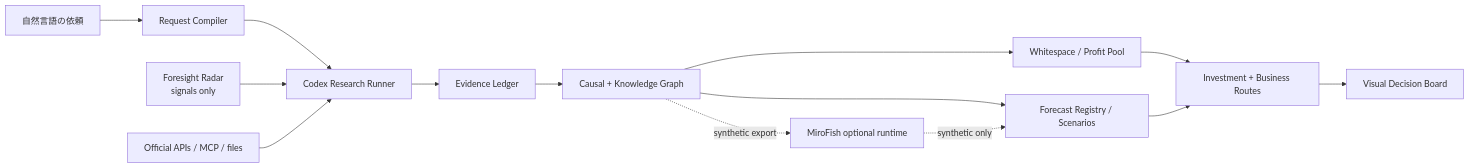
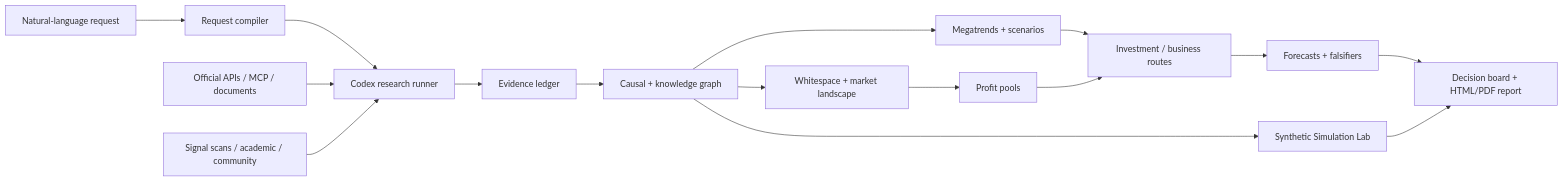
One commit to 0xpandadev/Opportunity-Intelligence changed the diagram in README.md. Above: the diagram before and after it, drawn with Mermaid. The commit also changed other lines of this file and 36 other files, not shown here.

````diff
--- a/README.md
+++ b/README.md
@@ -36,16 +261,18 @@
 ```mermaid
 flowchart LR
-  Q["自然言語の依頼"] --> C["Request Compiler"]
-  C --> R["Codex Research Runner"]
-  FR["Foresight Radar\nsignals only"] --> R
-  D["Official APIs / MCP / files"] --> R
-  R --> E["Evidence Ledger"]
-  E --> G["Causal + Knowledge Graph"]
-  G --> W["Whitespace / Profit Pool"]
-  G --> F["Forecast Registry / Scenarios"]
-  W --> I["Investment + Business Routes"]
-  F --> I
-  I --> UI["Visual Decision Board"]
-  G -. synthetic export .-> M["MiroFish optional runtime"]
-  M -. synthetic only .-> F
+  Q["Natural-language request"] --> C["Request compiler"]
+  C --> R["Codex research runner"]
+  D["Official APIs / MCP / documents"] --> R
+  S["Signal scans / academic / community"] --> R
+  R --> E["Evidence ledger"]
+  E --> G["Causal + knowledge graph"]
+  G --> T["Megatrends + scenarios"]
+  G --> W["Whitespace + market landscape"]
+  W --> P["Profit pools"]
+  T --> I["Investment / business routes"]
+  P --> I
+  I --> F["Forecasts + falsifiers"]
+  G --> M["Synthetic Simulation Lab"]
+  F --> UI["Decision board + HTML/PDF report"]
+  M --> UI
 ```
````
